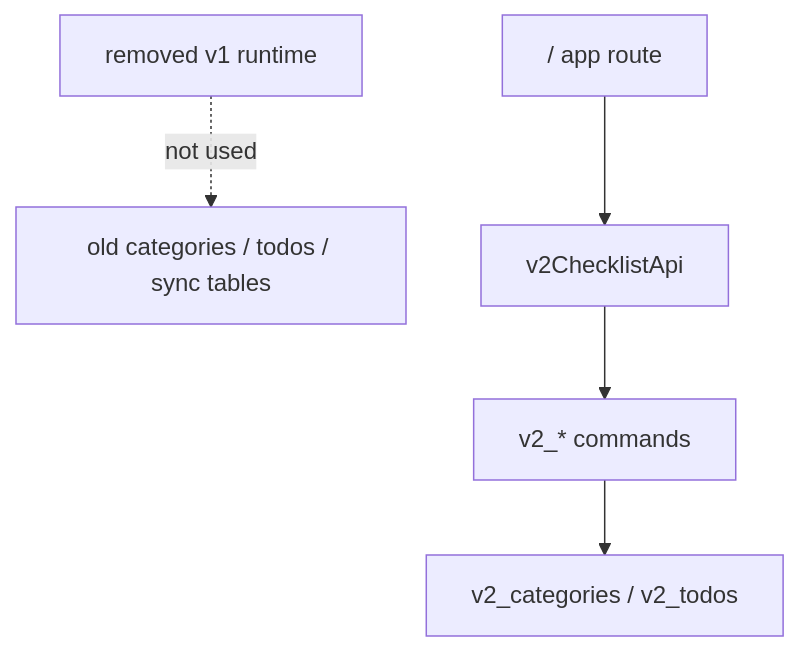
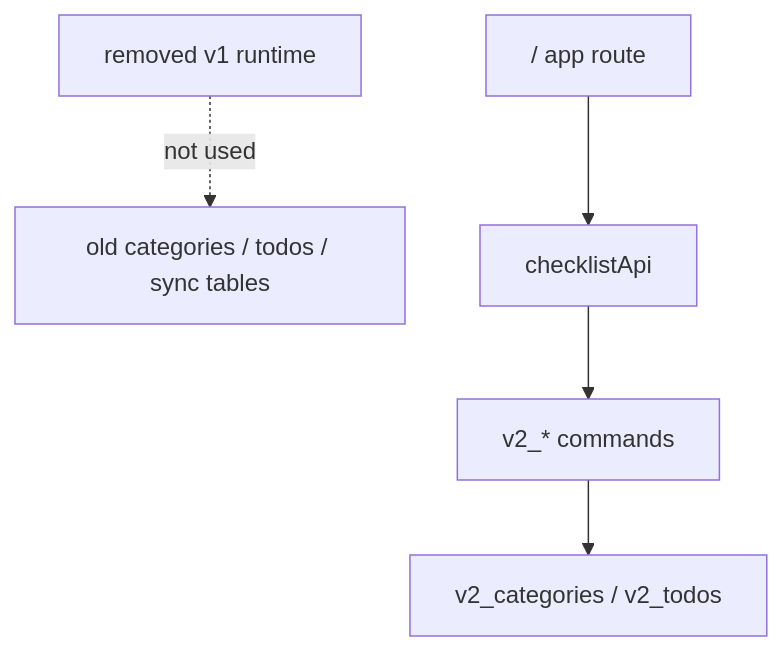
One commit to U-Keun/Tickly changed the second of 3 diagrams in docs/v2-notes/001-local-checklist-boundary.md. Above: the diagram before and after it, drawn with Mermaid. The commit also changed 167 other files, not shown here.

````diff
--- a/docs/v2-notes/001-local-checklist-boundary.md
+++ b/docs/v2-notes/001-local-checklist-boundary.md
@@ -23,7 +23,7 @@
 ```mermaid
 flowchart TB
   V1["removed v1 runtime"] -. "not used" .-> V1Tables["old categories / todos / sync tables"]
-  V2["/ app route"] --> V2Api["v2ChecklistApi"]
+  V2["/ app route"] --> V2Api["checklistApi"]
   V2Api --> V2Commands["v2_* commands"]
   V2Commands --> V2Tables["v2_categories / v2_todos"]
 ```
````
